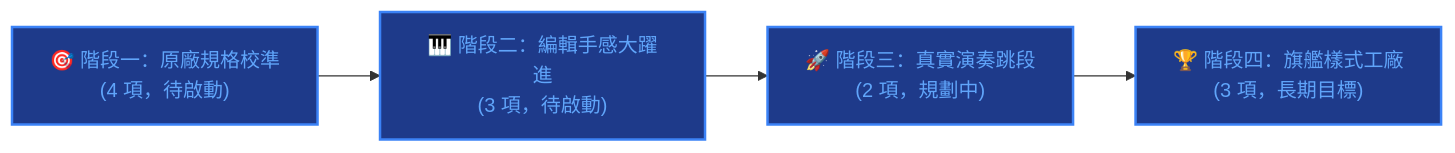
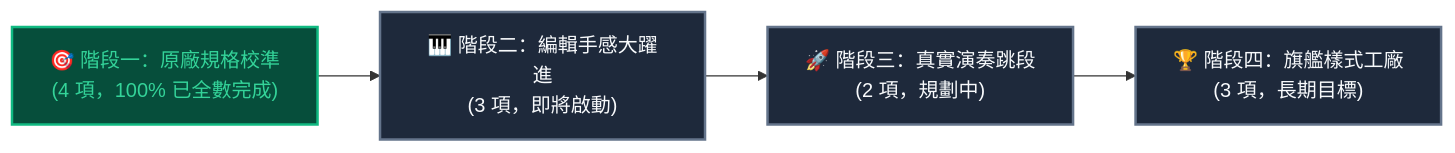
The diagram in docs/ROADMAP_AND_EXECUTION_PLAN.md (CMChen59/Yamaha-Style-Player-Editor), drawn with Mermaid before and after one commit. The commit also changed other lines of this file and 9 other files, not shown here.

````diff
--- a/docs/ROADMAP_AND_EXECUTION_PLAN.md
+++ b/docs/ROADMAP_AND_EXECUTION_PLAN.md
@@ -11,12 +11,13 @@
 ```mermaid
 flowchart LR
-    P1["🎯 階段一：原廠規格校準<br/>(4 項，待啟動)"] --> P2["🎹 階段二：編輯手感大躍進<br/>(3 項，待啟動)"]
+    P1["🎯 階段一：原廠規格校準<br/>(4 項，100% 已全數完成)"] --> P2["🎹 階段二：編輯手感大躍進<br/>(3 項，即將啟動)"]
     P2 --> P3["🚀 階段三：真實演奏跳段<br/>(2 項，規劃中)"]
     P3 --> P4["🏆 階段四：旗艦樣式工廠<br/>(3 項，長期目標)"]
 
     classDef pending fill:#1e293b,stroke:#64748b,stroke-width:2px,color:#f8fafc;
     classDef inprogress fill:#1e3a8a,stroke:#3b82f6,stroke-width:2px,color:#60a5fa;
     classDef done fill:#064e3b,stroke:#10b981,stroke-width:2px,color:#34d399;
 
-    class P1,P2,P3,P4 inprogress;
+    class P1 done;
+    class P2,P3,P4 pending;
 ```
````
